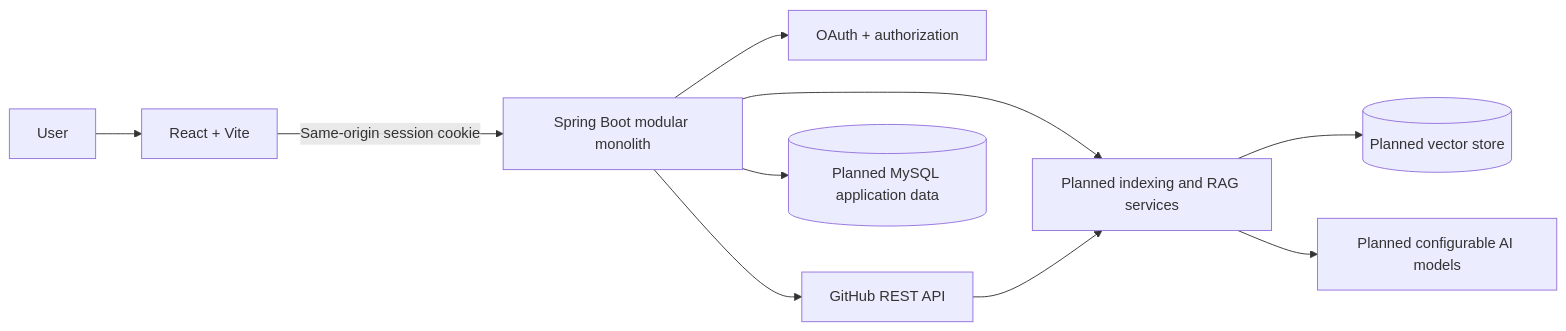
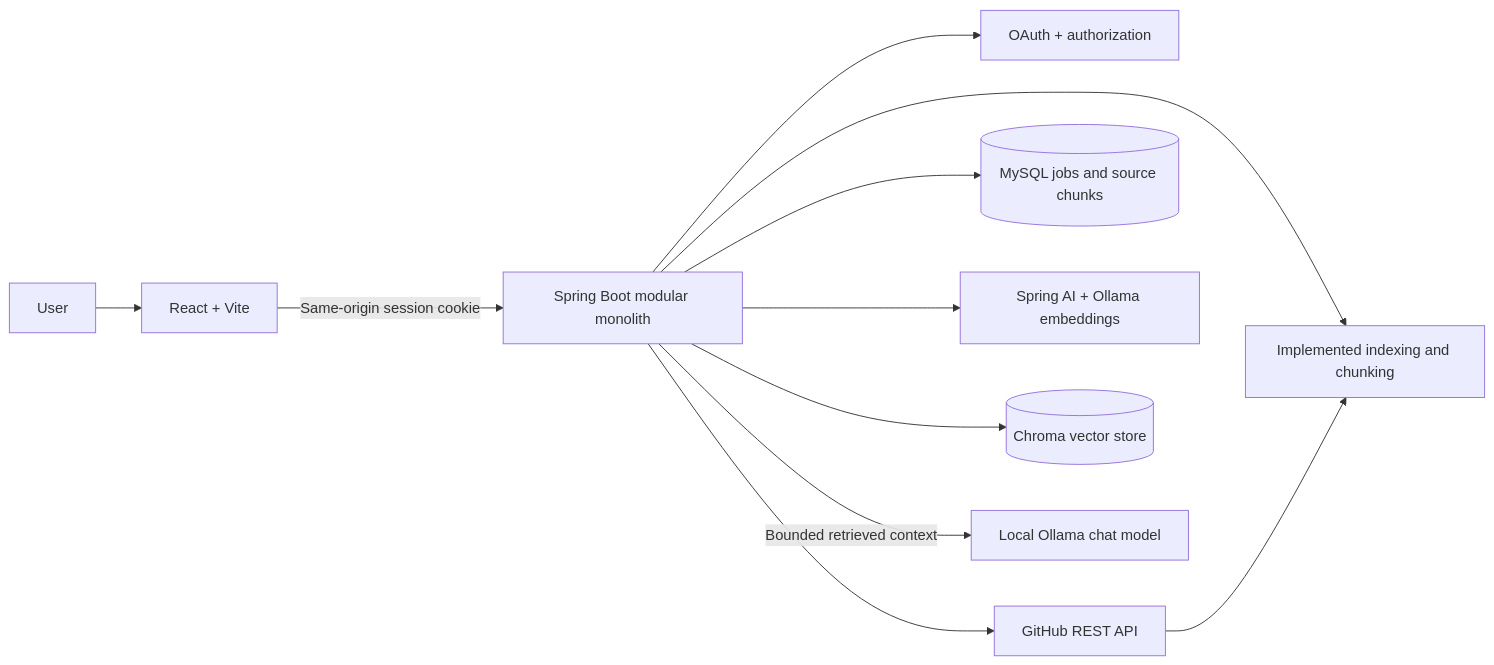
Before and after one commit to AshishKrPandey1234/RepoMind: the first of 2 diagrams in README.md, drawn with Mermaid. The commit also changed other lines of this file and 85 other files, not shown here.

````diff
--- a/README.md
+++ b/README.md
@@ -25,12 +28,13 @@
 ```mermaid
 flowchart LR
   U[User] --> FE[React + Vite]
   FE -->|Same-origin session cookie| API[Spring Boot modular monolith]
   API --> AUTH[OAuth + authorization]
   API --> GH[GitHub REST API]
-  API --> IDX[Planned indexing and RAG services]
-  API --> DB[(Planned MySQL application data)]
-  IDX --> VS[(Planned vector store)]
-  IDX --> LLM[Planned configurable AI models]
+  API --> IDX[Implemented indexing and chunking]
+  API --> DB[(MySQL jobs and source chunks)]
+  API --> EMB[Spring AI + Ollama embeddings]
+  API --> VS[(Chroma vector store)]
+  API -->|Bounded retrieved context| LLM[Local Ollama chat model]
   GH --> IDX
 ```
````
